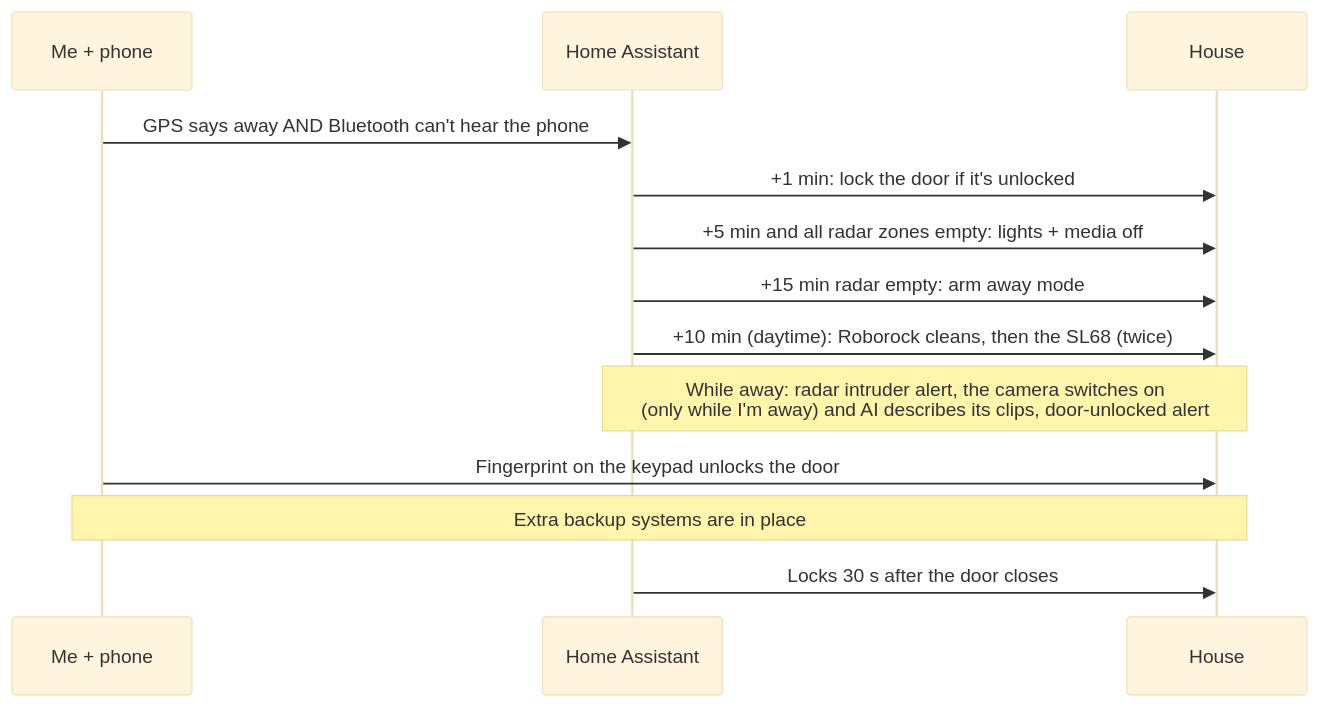
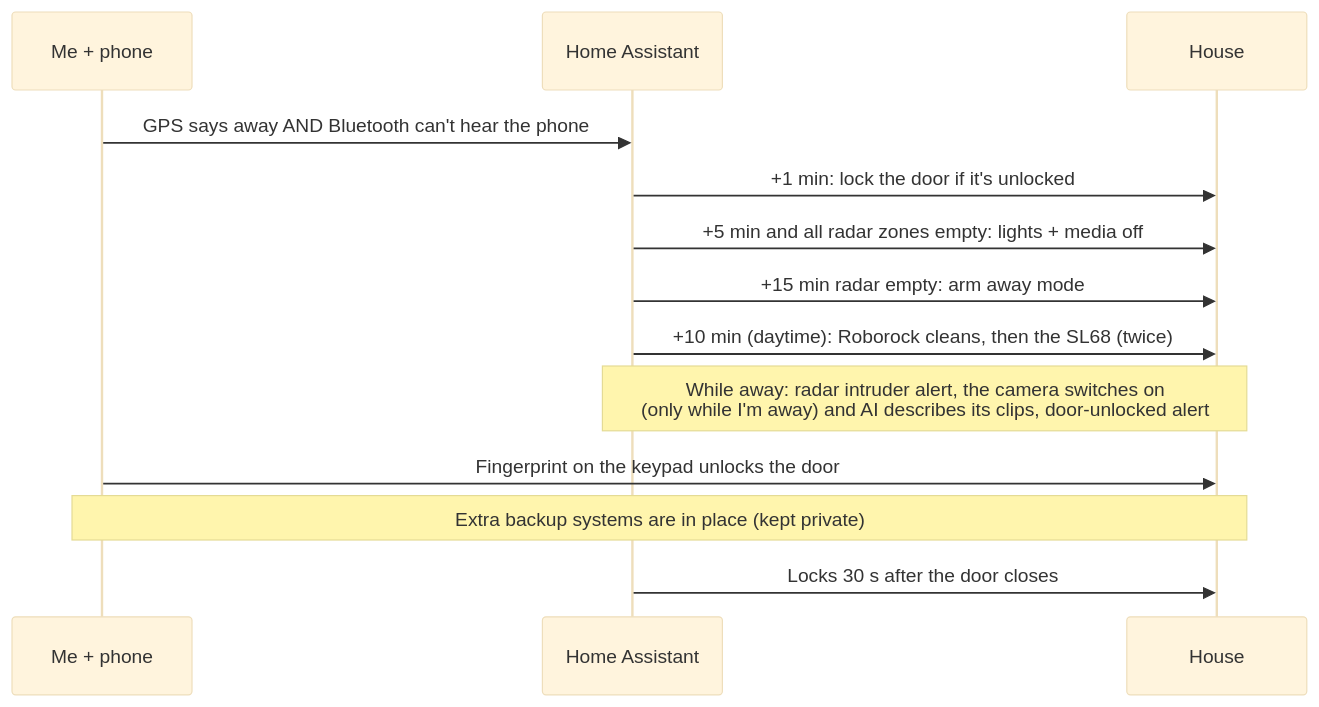
The diagram in docs/03-leaving-and-coming-home.md (baes-cloud/baes-cloud-home), drawn with Mermaid (base theme) before and after one commit. The commit also changed other lines of this file and 19 other files, not shown here.

````diff
--- a/docs/03-leaving-and-coming-home.md
+++ b/docs/03-leaving-and-coming-home.md
@@ -3,15 +3,15 @@
 ```mermaid
 sequenceDiagram
   participant Me as Me + phone
   participant HA as Home Assistant
   participant House
   Me->>HA: GPS says away AND Bluetooth can't hear the phone
   HA->>House: +1 min: lock the door if it's unlocked
   HA->>House: +5 min and all radar zones empty: lights + media off
   HA->>House: +15 min radar empty: arm away mode
   HA->>House: +10 min (daytime): Roborock cleans, then the SL68 (twice)
   Note over HA,House: While away: radar intruder alert, the camera switches on<br/>(only while I'm away) and AI describes its clips, door-unlocked alert
   Me->>House: Fingerprint on the keypad unlocks the door
-  Note over Me,House: Extra backup systems are in place
+  Note over Me,House: Extra backup systems are in place (kept private)
   HA->>House: Locks 30 s after the door closes
 ```
````
